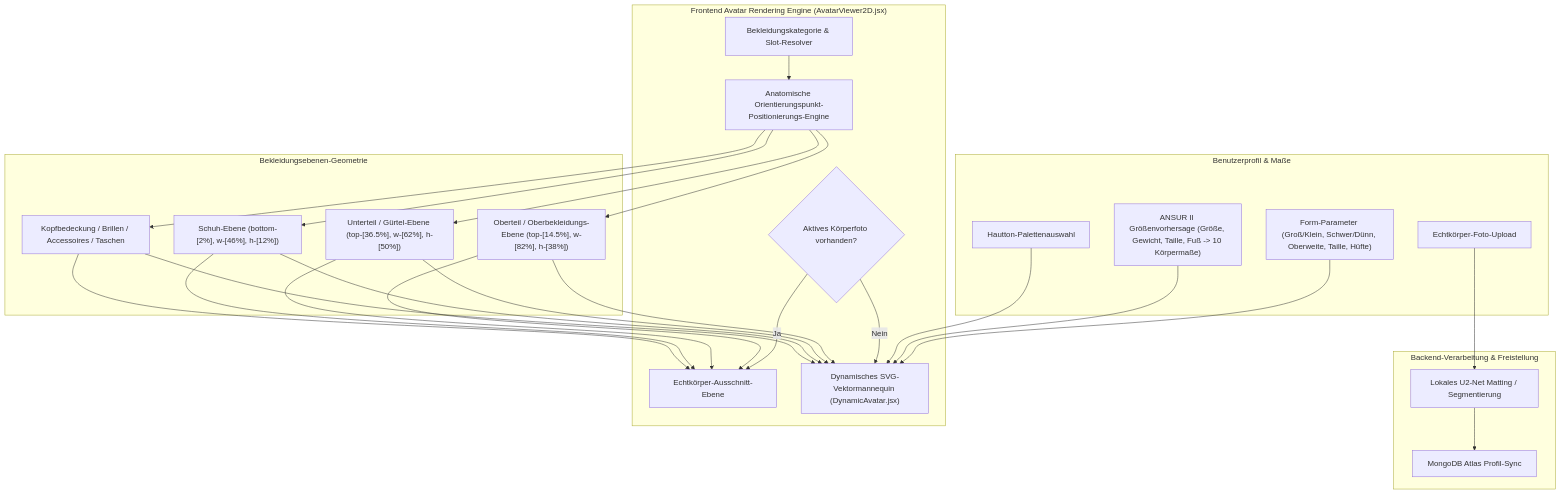
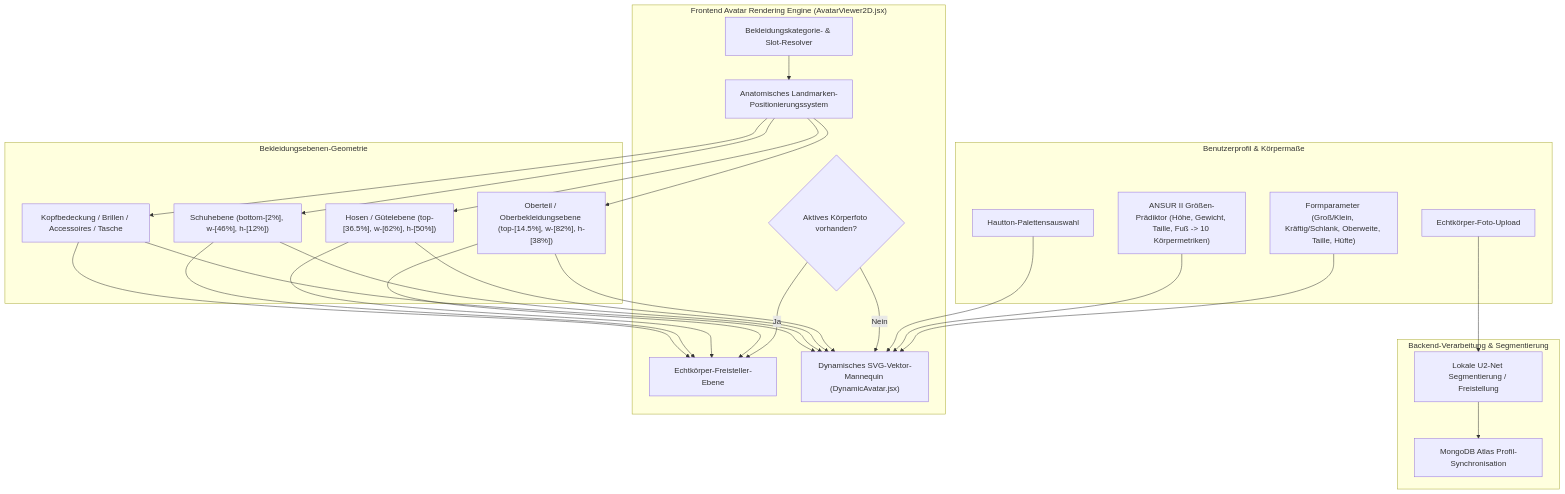
Before and after one commit to Yoram-Jacobs/DressAppV1: the diagram in wiki/de/Avatar.md, drawn with Mermaid. The commit also changed other lines of this file and 11 other files, not shown here.

Commit message:
docs(i18n): translate Avatar.md architecture guide across all 12 supported languages

````diff
--- a/wiki/de/Avatar.md
+++ b/wiki/de/Avatar.md
@@ -17,41 +17,41 @@
 ```mermaid
 flowchart TD
-    subgraph UserProfile["Benutzerprofil & Maße"]
+    subgraph UserProfile["Benutzerprofil & Körpermaße"]
         U_Photo["Echtkörper-Foto-Upload"]
-        U_Tone["Hautton-Palettenauswahl"]
-        U_Params["Form-Parameter (Groß/Klein, Schwer/Dünn, Oberweite, Taille, Hüfte)"]
-        U_Sizing["ANSUR II Größenvorhersage (Größe, Gewicht, Taille, Fuß -> 10 Körpermaße)"]
+        U_Tone["Hautton-Palettensauswahl"]
+        U_Params["Formparameter (Groß/Klein, Kräftig/Schlank, Oberweite, Taille, Hüfte)"]
+        U_Sizing["ANSUR II Größen-Prädiktor (Höhe, Gewicht, Taille, Fuß -> 10 Körpermetriken)"]
     end
 
-    subgraph BackendIngest["Backend-Verarbeitung & Freistellung"]
-        Rembg["Lokales U2-Net Matting / Segmentierung"]
-        Mongo["MongoDB Atlas Profil-Sync"]
+    subgraph BackendIngest["Backend-Verarbeitung & Segmentierung"]
+        Rembg["Lokale U2-Net Segmentierung / Freistellung"]
+        Mongo["MongoDB Atlas Profil-Synchronisation"]
     end
 
     subgraph AvatarEngine["Frontend Avatar Rendering Engine (AvatarViewer2D.jsx)"]
         ModeCheck{"Aktives Körperfoto vorhanden?"}
-        PhotoView["Echtkörper-Ausschnitt-Ebene"]
-        MannequinView["Dynamisches SVG-Vektormannequin (DynamicAvatar.jsx)"]
+        PhotoView["Echtkörper-Freisteller-Ebene"]
+        MannequinView["Dynamisches SVG-Vektor-Mannequin (DynamicAvatar.jsx)"]
         
-        GarmentResolver["Bekleidungskategorie & Slot-Resolver"]
-        LandmarkCalc["Anatomische Orientierungspunkt-Positionierungs-Engine"]
+        GarmentResolver["Bekleidungskategorie- & Slot-Resolver"]
+        LandmarkCalc["Anatomisches Landmarken-Positionierungssystem"]
     end
 
     subgraph OverlayGeometry["Bekleidungsebenen-Geometrie"]
-        TopLayer["Oberteil / Oberbekleidungs-Ebene (top-[14.5%], w-[82%], h-[38%])"]
-        BottomLayer["Unterteil / Gürtel-Ebene (top-[36.5%], w-[62%], h-[50%])"]
-        ShoesLayer["Schuh-Ebene (bottom-[2%], w-[46%], h-[12%])"]
-        AccessoryLayers["Kopfbedeckung / Brillen / Accessoires / Taschen"]
+        TopLayer["Oberteil / Oberbekleidungsebene (top-[14.5%], w-[82%], h-[38%])"]
+        BottomLayer["Hosen / Gütelebene (top-[36.5%], w-[62%], h-[50%])"]
+        ShoesLayer["Schuhebene (bottom-[2%], w-[46%], h-[12%])"]
+        AccessoryLayers["Kopfbedeckung / Brillen / Accessoires / Tasche"]
     end
 
     U_Photo --> Rembg --> Mongo
     U_Params & U_Sizing --> MannequinView
     U_Tone --> MannequinView
     
     ModeCheck -- Ja --> PhotoView
     ModeCheck -- Nein --> MannequinView
 
     GarmentResolver --> LandmarkCalc
     LandmarkCalc --> TopLayer & BottomLayer & ShoesLayer & AccessoryLayers
     TopLayer & BottomLayer & ShoesLayer & AccessoryLayers --> PhotoView & MannequinView
 ```
````
